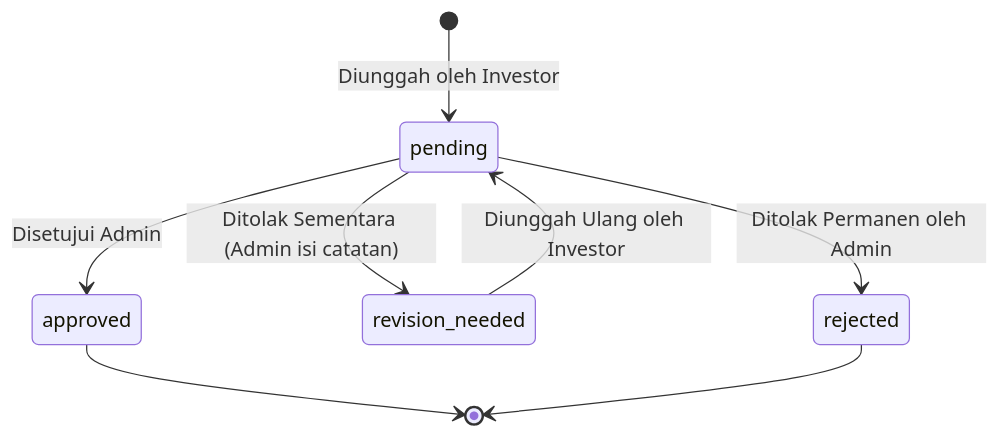
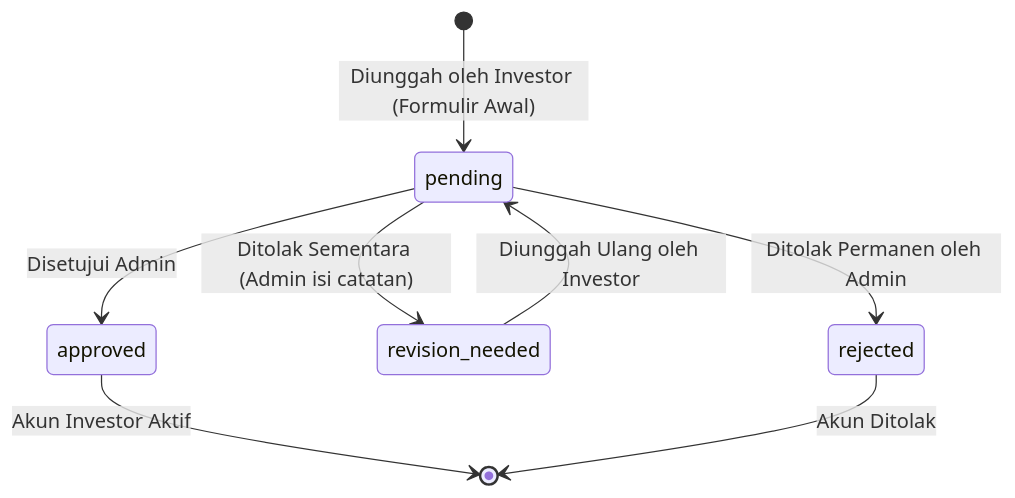
Before and after one commit to fransgabrielhutauruk/yzd-center: the diagram in docs/information-design/02_legalitas_kyc_dan_ahli_waris.md, drawn with Mermaid. The commit also changed other lines of this file and 38 other files, not shown here.

````diff
--- a/docs/information-design/02_legalitas_kyc_dan_ahli_waris.md
+++ b/docs/information-design/02_legalitas_kyc_dan_ahli_waris.md
@@ -51,10 +70,10 @@
 ```mermaid
 stateDiagram-v2
-    [*] --> pending : Diunggah oleh Investor
+    [*] --> pending : Diunggah oleh Investor (Formulir Awal)
     pending --> approved : Disetujui Admin
     pending --> revision_needed : Ditolak Sementara (Admin isi catatan)
     revision_needed --> pending : Diunggah Ulang oleh Investor
     pending --> rejected : Ditolak Permanen oleh Admin
-    approved --> [*]
-    rejected --> [*]
+    approved --> [*] : Akun Investor Aktif
+    rejected --> [*] : Akun Ditolak
 ```
````
